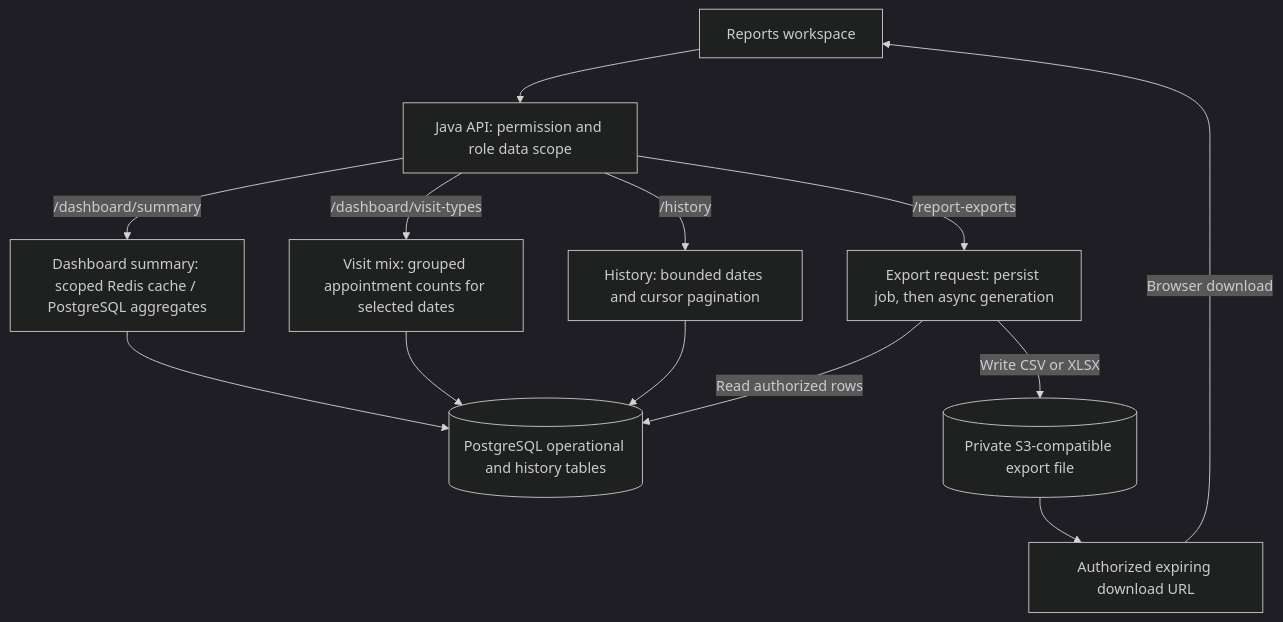
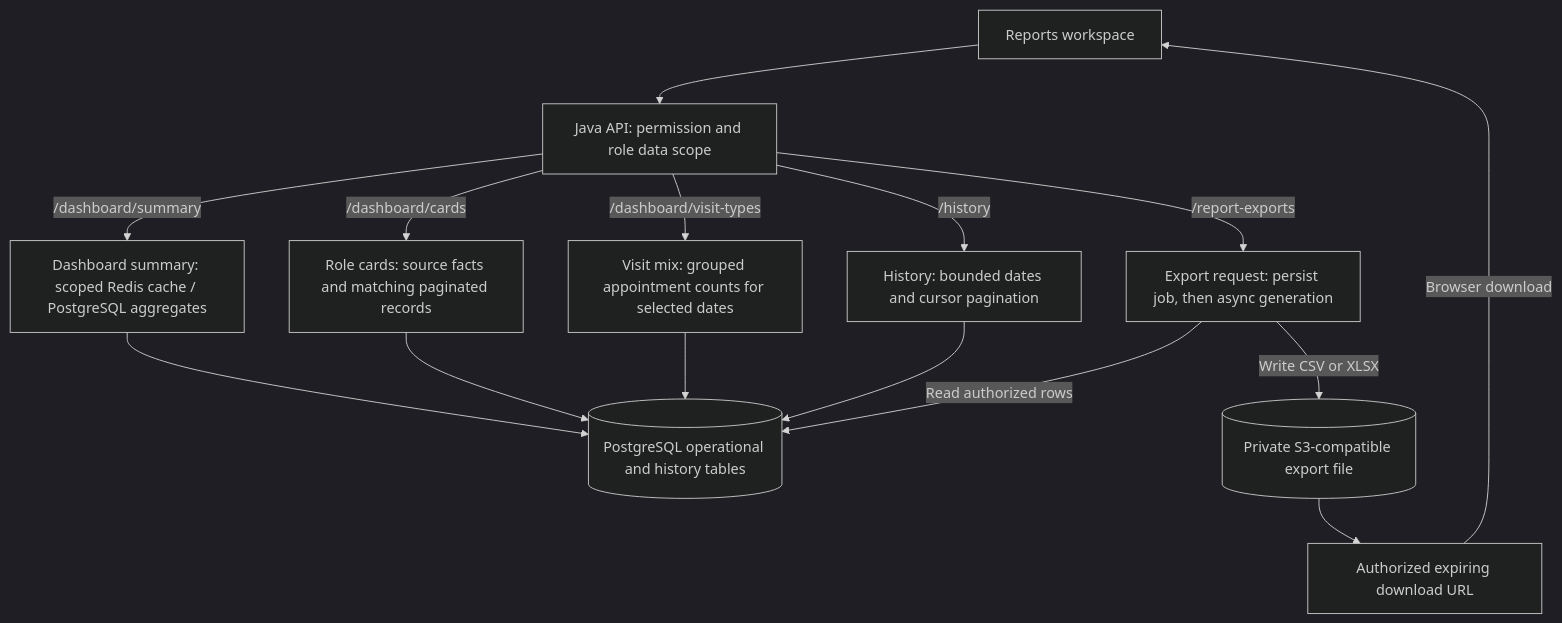
Before and after one commit to JetyChodipilli/Brainserve-connect-Appointment-System-V2.0: the sixth of 6 diagrams in README.md, drawn with Mermaid (dark theme). The commit also changed other lines of this file and 26 other files, not shown here.

Commit message:
Sprint 3: add scoped role dashboard measurement contracts

````diff
--- a/README.md
+++ b/README.md
@@ -231,24 +236,27 @@
 ```mermaid
 flowchart TD
     U["Reports workspace"]
     S["Java API: permission and role data scope"]
     D["Dashboard summary: scoped Redis cache / PostgreSQL aggregates"]
+    C["Role cards: source facts and matching paginated records"]
     V["Visit mix: grouped appointment counts for selected dates"]
     H["History: bounded dates and cursor pagination"]
     E["Export request: persist job, then async generation"]
     P[("PostgreSQL operational and history tables")]
     O[("Private S3-compatible export file")]
     L["Authorized expiring download URL"]
     U --> S
     S -->|"/dashboard/summary"| D
+    S -->|"/dashboard/cards"| C
     S -->|"/dashboard/visit-types"| V
     S -->|"/history"| H
     S -->|"/report-exports"| E
     D --> P
+    C --> P
     V --> P
     H --> P
     E -->|"Read authorized rows"| P
     E -->|"Write CSV or XLSX"| O
     O --> L
     L -->|"Browser download"| U
 ```
````
